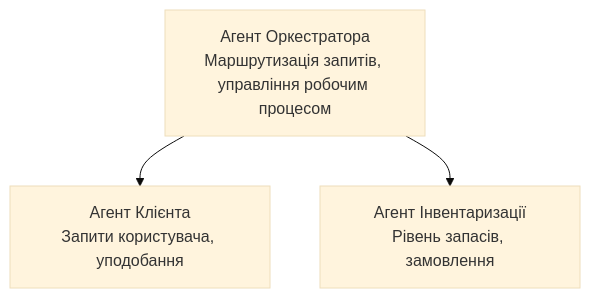
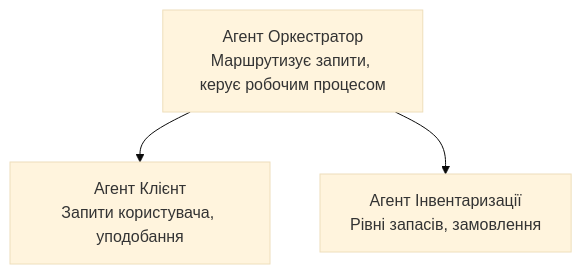
Before and after one commit to microsoft/AZD-for-beginners: the diagram in translations/uk/docs/chapter-05-multi-agent/README.md, drawn with Mermaid (base theme). The commit also changed other lines of this file and 104 other files, not shown here.

````diff
--- a/translations/uk/docs/chapter-05-multi-agent/README.md
+++ b/translations/uk/docs/chapter-05-multi-agent/README.md
@@ -52,5 +54,5 @@
 ```mermaid
 graph TD
-    Orchestrator[Агент Оркестратора<br/>Маршрутизація запитів, управління робочим процесом] --> Customer[Агент Клієнта<br/>Запити користувача, уподобання]
-    Orchestrator --> Inventory[Агент Інвентаризації<br/>Рівень запасів, замовлення]
+    Orchestrator[Агент Оркестратор<br/>Маршрутизує запити, керує робочим процесом] --> Customer[Агент Клієнт<br/>Запити користувача, уподобання]
+    Orchestrator --> Inventory[Агент Інвентаризації<br/>Рівні запасів, замовлення]
 ```
````
